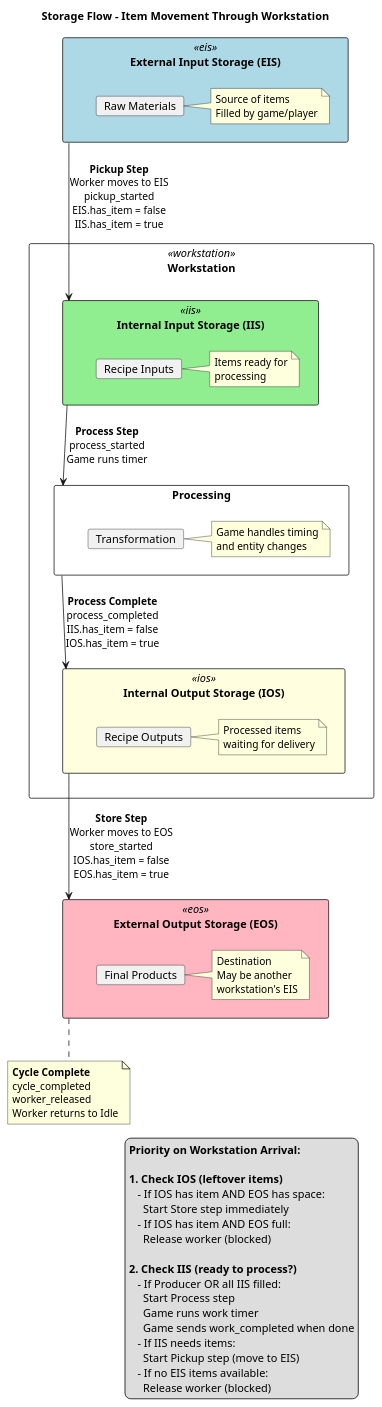
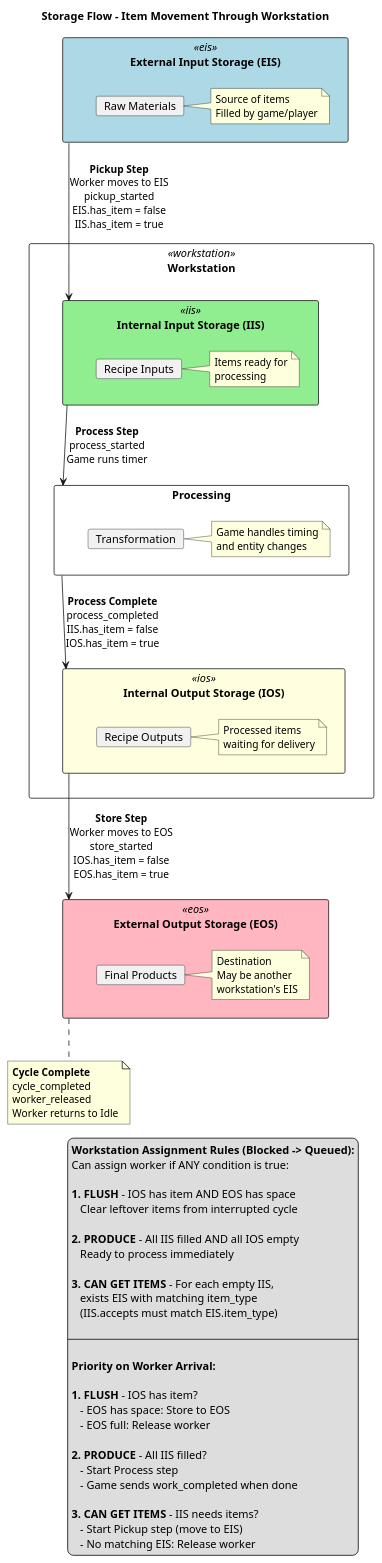
Before and after one commit to labelle-toolkit/labelle-tasks: the diagram in docs/storage-flow.puml, drawn with PlantUML. The commit also changed 4 other files, not shown here.

First line of the commit message:
docs: add workstation assignment rules to RFC

```diff
--- a/docs/storage-flow.puml
+++ b/docs/storage-flow.puml
@@ -1,71 +1,82 @@
 @startuml storage-flow
 title Storage Flow - Item Movement Through Workstation
 
 skinparam rectangle {
   BackgroundColor<<eis>> LightBlue
   BackgroundColor<<iis>> LightGreen
   BackgroundColor<<ios>> LightYellow
   BackgroundColor<<eos>> LightPink
   BackgroundColor<<workstation>> White
 }
 
 rectangle "External Input Storage (EIS)" <<eis>> as EIS {
   card "Raw Materials" as raw
   note right of raw : Source of items\nFilled by game/player
 }
 
 rectangle "Workstation" <<workstation>> as WS {
   rectangle "Internal Input Storage (IIS)" <<iis>> as IIS {
     card "Recipe Inputs" as inputs
     note right of inputs : Items ready for\nprocessing
   }
 
   rectangle "Processing" as PROCESS {
     card "Transformation" as transform
     note right of transform : Game handles timing\nand entity changes
   }
 
   rectangle "Internal Output Storage (IOS)" <<ios>> as IOS {
     card "Recipe Outputs" as outputs
     note right of outputs : Processed items\nwaiting for delivery
   }
 }
 
 rectangle "External Output Storage (EOS)" <<eos>> as EOS {
   card "Final Products" as final
   note right of final : Destination\nMay be another\nworkstation's EIS
 }
 
 EIS -down-> IIS : **Pickup Step**\nWorker moves to EIS\npickup_started\nEIS.has_item = false\nIIS.has_item = true
 IIS -down-> PROCESS : **Process Step**\nprocess_started\nGame runs timer
 PROCESS -down-> IOS : **Process Complete**\nprocess_completed\nIIS.has_item = false\nIOS.has_item = true
 IOS -down-> EOS : **Store Step**\nWorker moves to EOS\nstore_started\nIOS.has_item = false\nEOS.has_item = true
 
 note bottom of EOS
   **Cycle Complete**
   cycle_completed
   worker_released
   Worker returns to Idle
 end note
 
 legend right
-  **Priority on Workstation Arrival:**
+  **Workstation Assignment Rules (Blocked -> Queued):**
+  Can assign worker if ANY condition is true:
 
-  **1. Check IOS (leftover items)**
-     - If IOS has item AND EOS has space:
-       Start Store step immediately
-     - If IOS has item AND EOS full:
-       Release worker (blocked)
+  **1. FLUSH** - IOS has item AND EOS has space
+     Clear leftover items from interrupted cycle
 
-  **2. Check IIS (ready to process?)**
-     - If Producer OR all IIS filled:
-       Start Process step
-       Game runs work timer
-       Game sends work_completed when done
-     - If IIS needs items:
-       Start Pickup step (move to EIS)
-     - If no EIS items available:
-       Release worker (blocked)
+  **2. PRODUCE** - All IIS filled AND all IOS empty
+     Ready to process immediately
+
+  **3. CAN GET ITEMS** - For each empty IIS,
+     exists EIS with matching item_type
+     (IIS.accepts must match EIS.item_type)
+
+  ----
+
+  **Priority on Worker Arrival:**
+
+  **1. FLUSH** - IOS has item?
+     - EOS has space: Store to EOS
+     - EOS full: Release worker
+
+  **2. PRODUCE** - All IIS filled?
+     - Start Process step
+     - Game sends work_completed when done
+
+  **3. CAN GET ITEMS** - IIS needs items?
+     - Start Pickup step (move to EIS)
+     - No matching EIS: Release worker
 end legend
 
 @enduml
```
